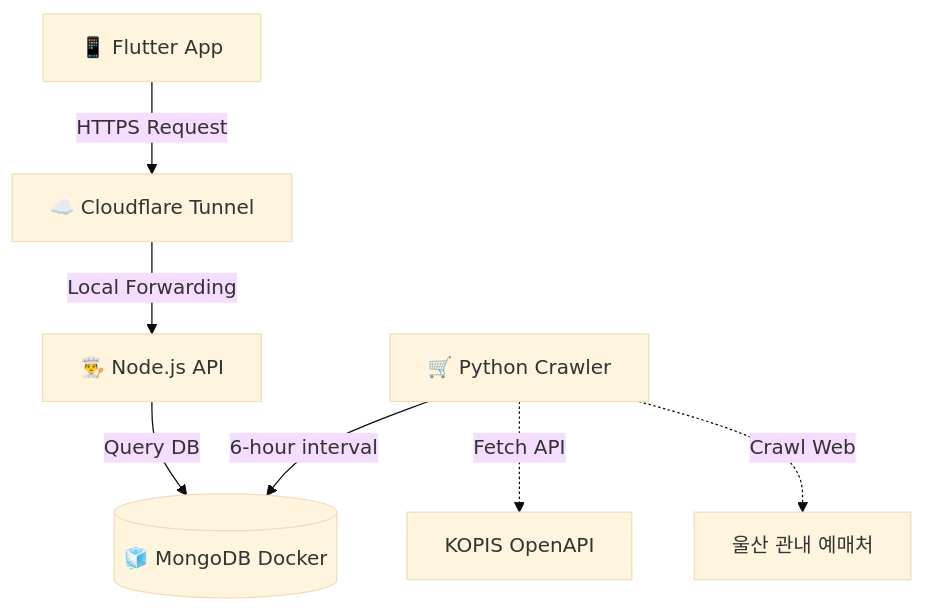
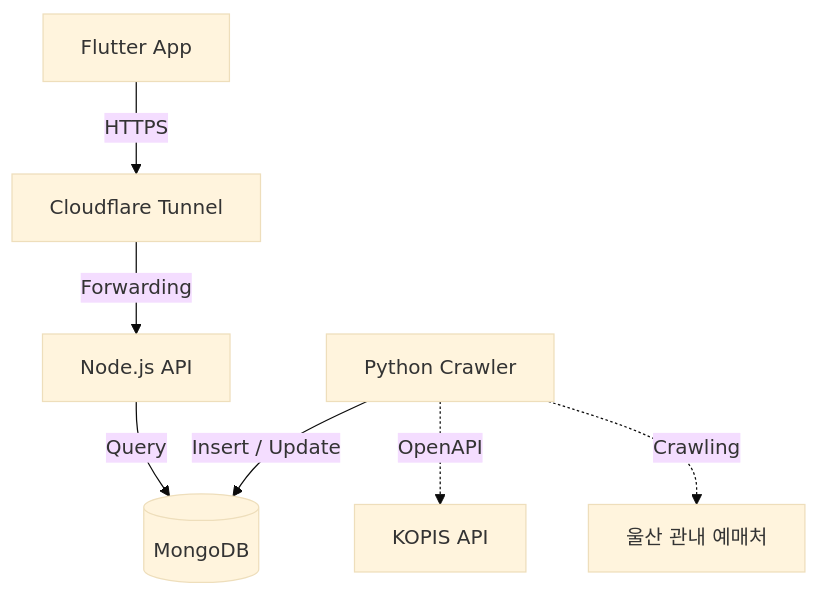
Before and after one commit to Forevernewvie/u-art: the diagram in README.md, drawn with Mermaid (base theme).

Commit message:
docs: remove emojis from mermaid diagram for GitHub compatibility

````diff
--- a/README.md
+++ b/README.md
@@ -24,9 +24,9 @@
 ```mermaid
 graph TD
-    Flutter[📱 Flutter App] -->|HTTPS Request| CF[☁️ Cloudflare Tunnel]
-    CF -->|Local Forwarding| Node[👨‍🍳 Node.js API]
-    Node -->|Query DB| DB[(🧊 MongoDB Docker)]
-    Crawler[🛒 Python Crawler] -->|6-hour interval| DB
-    Crawler -.->|Fetch API| KOPIS[KOPIS OpenAPI]
-    Crawler -.->|Crawl Web| LocalWeb[울산 관내 예매처]
+    Client[Flutter App] -->|HTTPS| CF[Cloudflare Tunnel]
+    CF -->|Forwarding| API[Node.js API]
+    API -->|Query| DB[(MongoDB)]
+    Crawler[Python Crawler] -->|Insert / Update| DB
+    Crawler -.->|OpenAPI| KOPIS[KOPIS API]
+    Crawler -.->|Crawling| Local[울산 관내 예매처]
 ```
````
